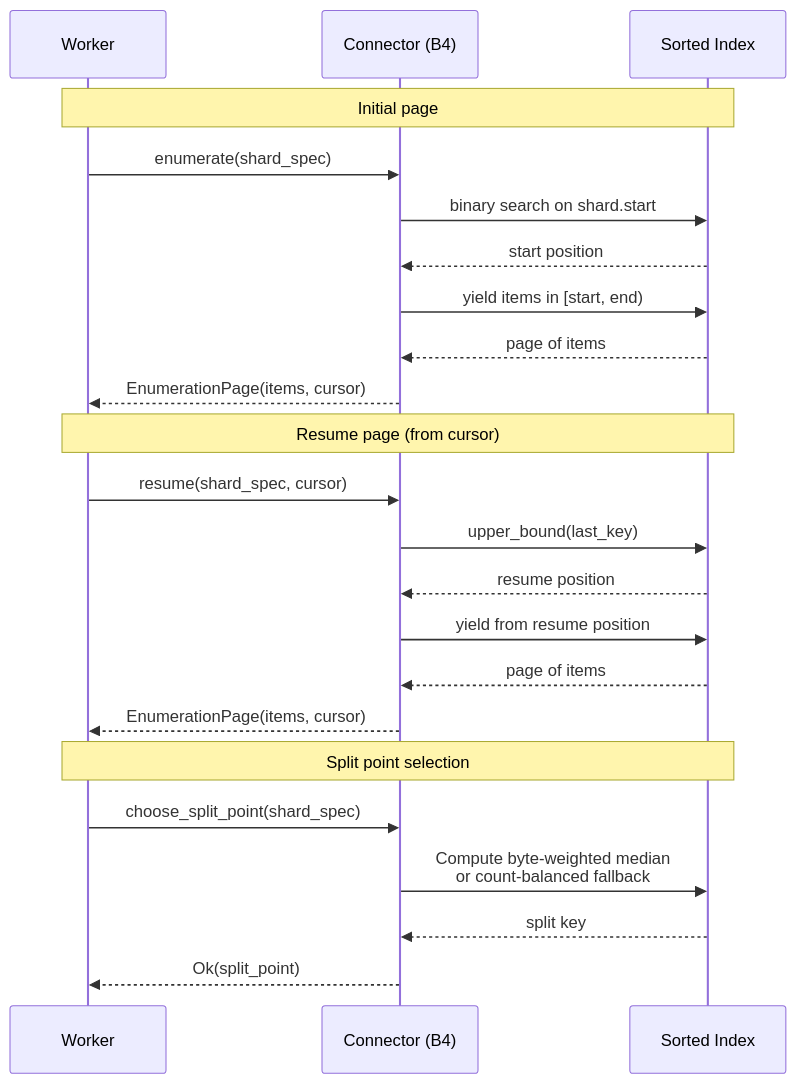
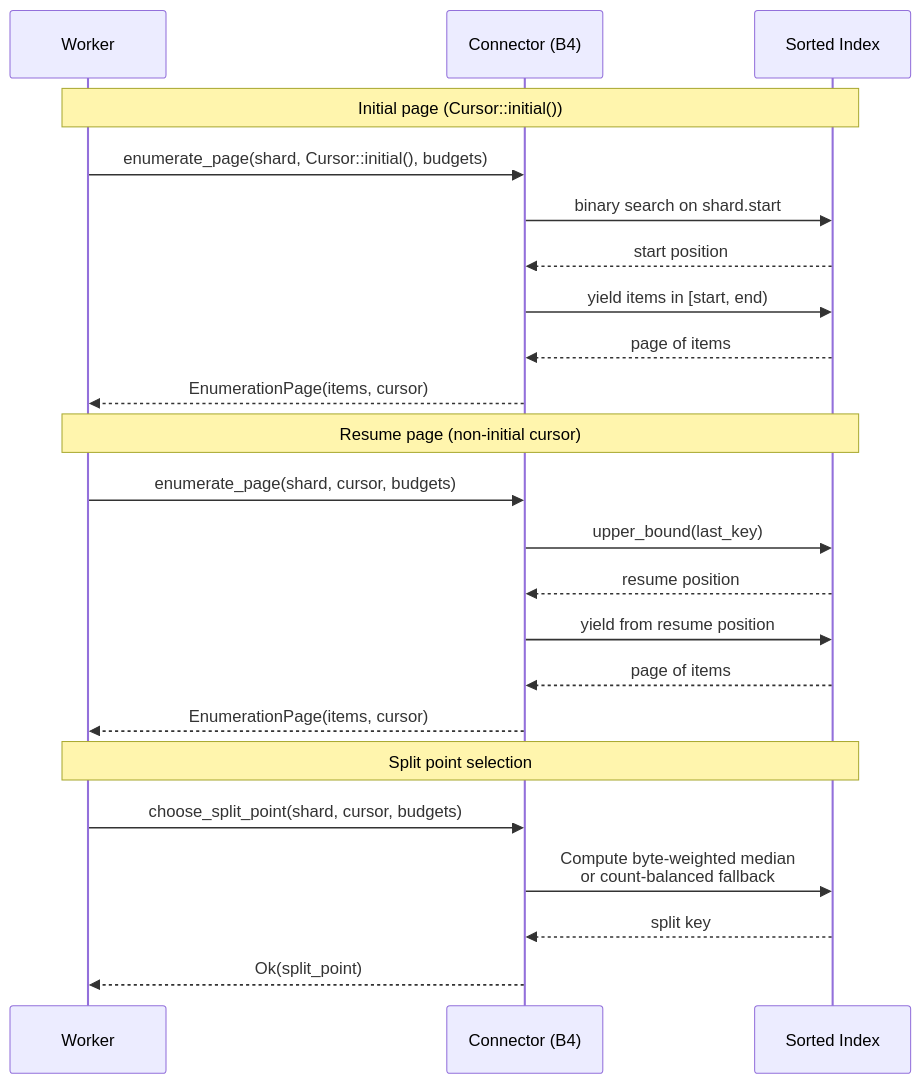
One commit to ahrav/Gossip-rs changed the sixth of 7 diagrams in diagrams/13-shard-algebra-types.md. Above: the diagram before and after it, drawn with Mermaid. The commit also changed other lines of this file and 6 other files, not shown here.

First line of the commit message:
Add comprehensive Boundary 4 design documentation and diagram updates

````diff
--- a/diagrams/13-shard-algebra-types.md
+++ b/diagrams/13-shard-algebra-types.md
@@ -389,32 +390,32 @@
 ```mermaid
 %% Diagram: connector-enumeration-lifecycle
 sequenceDiagram
     participant W as Worker
     participant C as Connector (B4)
     participant IDX as Sorted Index
 
-    Note over W,IDX: Initial page
+    Note over W,IDX: Initial page (Cursor::initial())
 
-    W->>C: enumerate(shard_spec)
+    W->>C: enumerate_page(shard, Cursor::initial(), budgets)
     C->>IDX: binary search on shard.start
     IDX-->>C: start position
     C->>IDX: yield items in [start, end)
     IDX-->>C: page of items
     C-->>W: EnumerationPage(items, cursor)
 
-    Note over W,IDX: Resume page (from cursor)
+    Note over W,IDX: Resume page (non-initial cursor)
 
-    W->>C: resume(shard_spec, cursor)
+    W->>C: enumerate_page(shard, cursor, budgets)
     C->>IDX: upper_bound(last_key)
     IDX-->>C: resume position
     C->>IDX: yield from resume position
     IDX-->>C: page of items
     C-->>W: EnumerationPage(items, cursor)
 
     Note over W,IDX: Split point selection
 
-    W->>C: choose_split_point(shard_spec)
+    W->>C: choose_split_point(shard, cursor, budgets)
     C->>IDX: Compute byte-weighted median<br/>or count-balanced fallback
     IDX-->>C: split key
     C-->>W: Ok(split_point)
 ```
````
